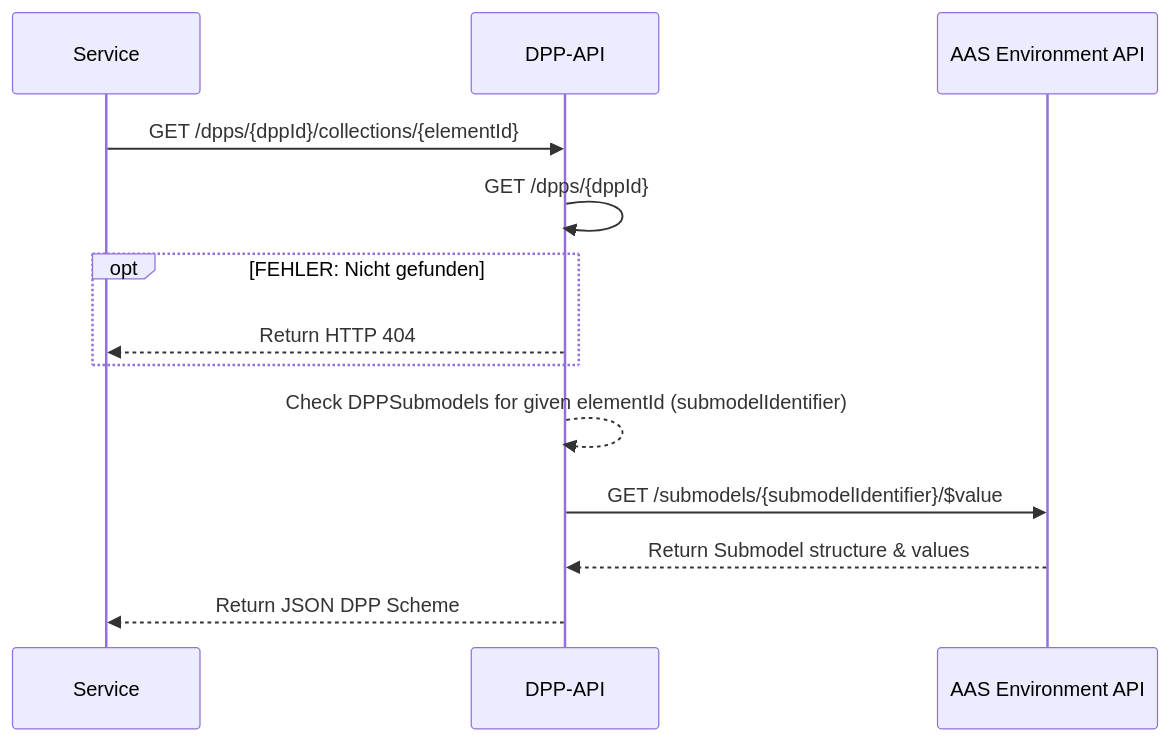
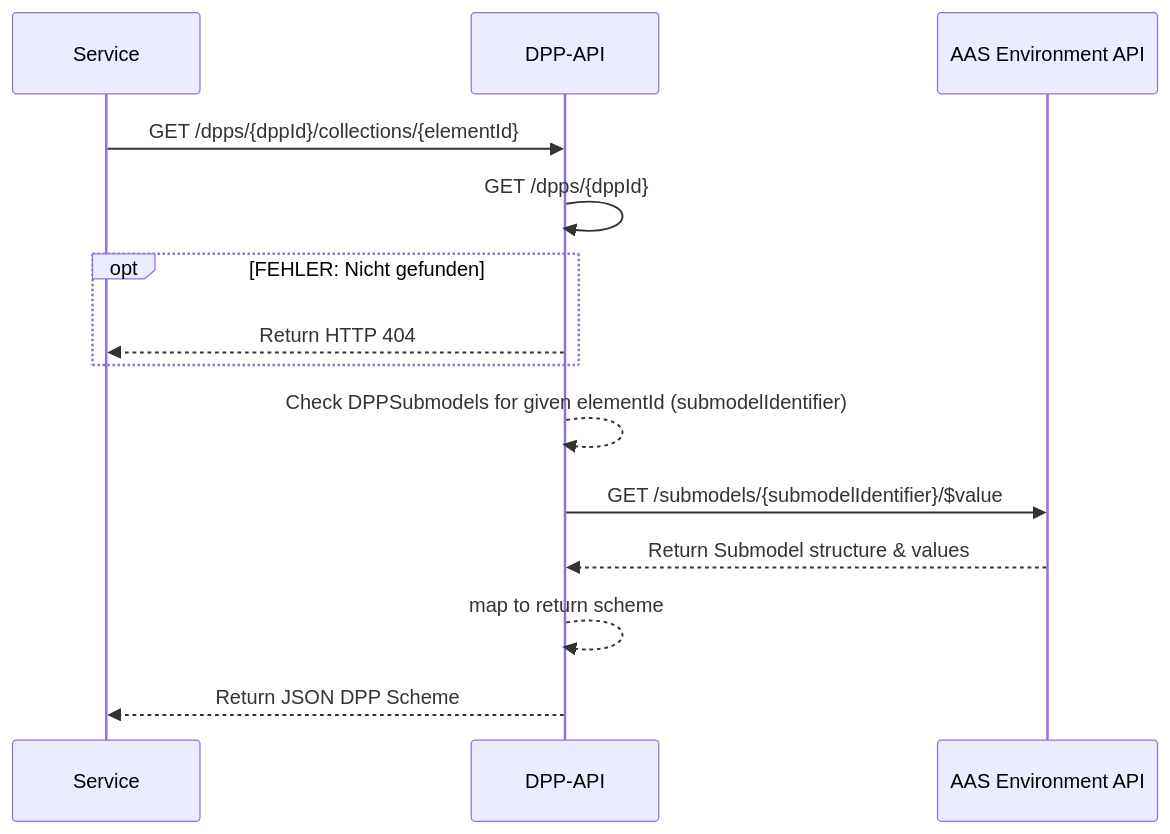
Before and after one commit to DHBW-TINF24F/Team6-BaSyx-DPP-API: the eighth of 10 diagrams in PROJECT/SAS/mapping/mapping.md, drawn with Mermaid. The commit also changed other lines of this file, not shown here.

Commit message:
changes through discussion

````diff
--- a/PROJECT/SAS/mapping/mapping.md
+++ b/PROJECT/SAS/mapping/mapping.md
@@ -344,21 +344,22 @@
 ```mermaid
 sequenceDiagram
   participant Web as Service
   participant API as DPP-API
   participant Env as AAS Environment API
 
   Web->>API: GET /dpps/{dppId}/collections/{elementId}
 
   API->>API: GET /dpps/{dppId}
 
   opt FEHLER: Nicht gefunden
     API-->>Web: Return HTTP 404
   end
 
   API-->>API: Check DPPSubmodels for given elementId (submodelIdentifier)
 
   API->>Env: GET /submodels/{submodelIdentifier}/$value
   Env-->>API: Return Submodel structure & values
 
+  API-->>API: map to return scheme
   API-->>Web: Return JSON DPP Scheme
 ```
````
